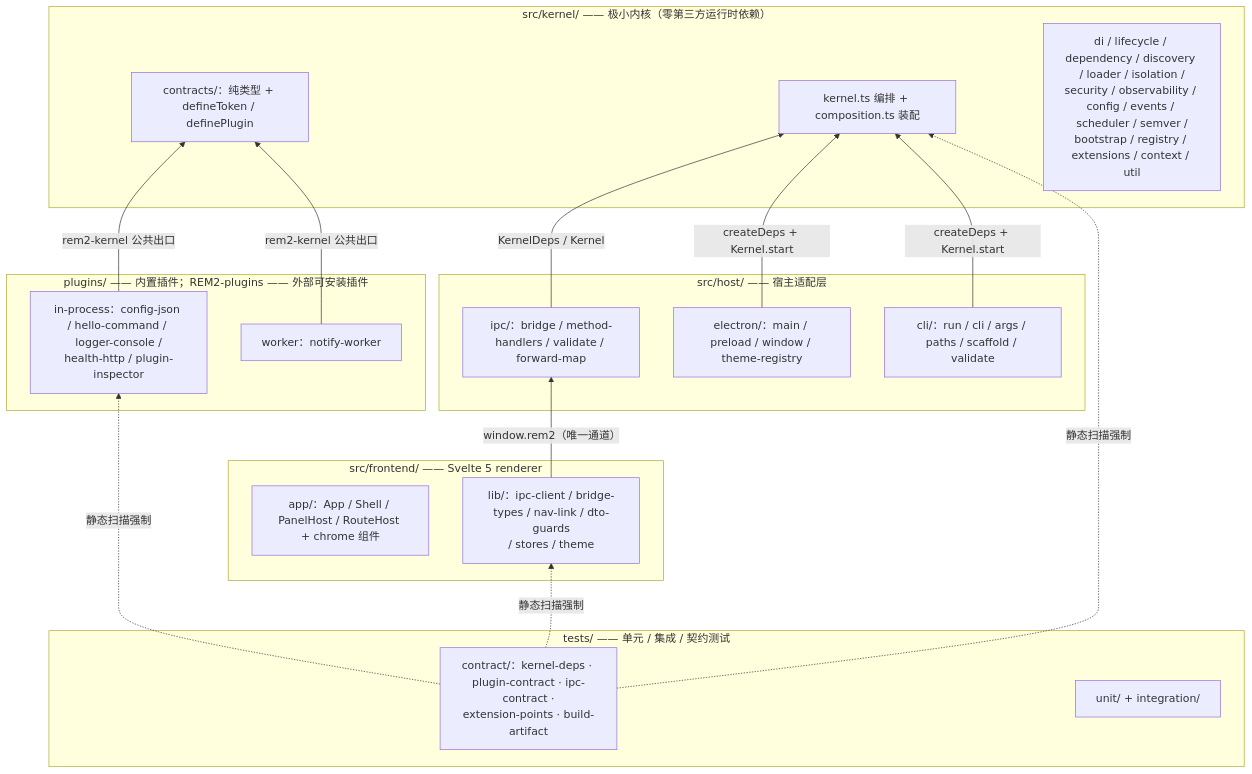
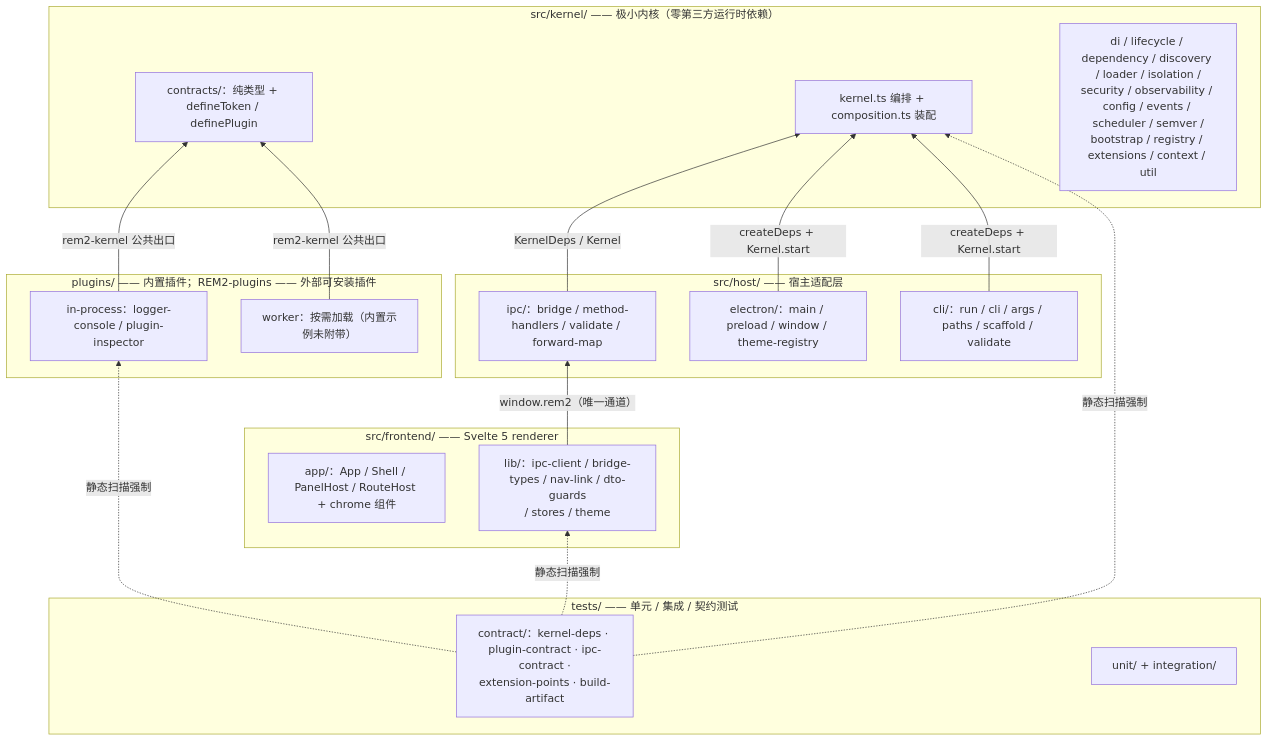
Before and after one commit to kino14910/REM2: the first of 5 diagrams in docs/01-architecture-overview.md, drawn with Mermaid. The commit also changed other lines of this file and 11 other files, not shown here.

````diff
--- a/docs/01-architecture-overview.md
+++ b/docs/01-architecture-overview.md
@@ -19,39 +19,39 @@
 ```mermaid
 graph BT
     subgraph L1["plugins/ —— 内置插件；REM2-plugins —— 外部可安装插件"]
-        PA["in-process：config-json / hello-command / logger-console /<br/>health-http / plugin-inspector"]
-        PB["worker：notify-worker"]
+        PA["in-process：logger-console / plugin-inspector"]
+        PB["worker：按需加载（内置示例未附带）"]
     end
 
     subgraph L2["src/frontend/ —— Svelte 5 renderer"]
         FA["app/：App / Shell / PanelHost / RouteHost + chrome 组件"]
         FB["lib/：ipc-client / bridge-types / nav-link / dto-guards<br/>/ stores / theme"]
     end
 
     subgraph L3["src/host/ —— 宿主适配层"]
         HA["electron/：main / preload / window / theme-registry"]
         HB["ipc/：bridge / method-handlers / validate / forward-map"]
         HC["cli/：run / cli / args / paths / scaffold / validate"]
     end
 
     subgraph L4["src/kernel/ —— 极小内核（零第三方运行时依赖）"]
         KA["contracts/：纯类型 + defineToken / definePlugin"]
         KB["kernel.ts 编排 + composition.ts 装配"]
         KC["di / lifecycle / dependency / discovery / loader / isolation /<br/>security / observability / config / events / scheduler / semver /<br/>bootstrap / registry / extensions / context / util"]
     end
 
     subgraph L5["tests/ —— 单元 / 集成 / 契约测试"]
         TA["contract/：kernel-deps · plugin-contract · ipc-contract ·<br/>extension-points · build-artifact"]
         TB["unit/ + integration/"]
     end
 
     FB -->|"window.rem2（唯一通道）"| HB
     HB -->|"KernelDeps / Kernel"| KB
     HA -->|"createDeps + Kernel.start"| KB
     HC -->|"createDeps + Kernel.start"| KB
     PA -->|"rem2-kernel 公共出口"| KA
     PB -->|"rem2-kernel 公共出口"| KA
     TA -.->|"静态扫描强制"| KB
     TA -.->|"静态扫描强制"| FB
     TA -.->|"静态扫描强制"| PA
 ```
````
